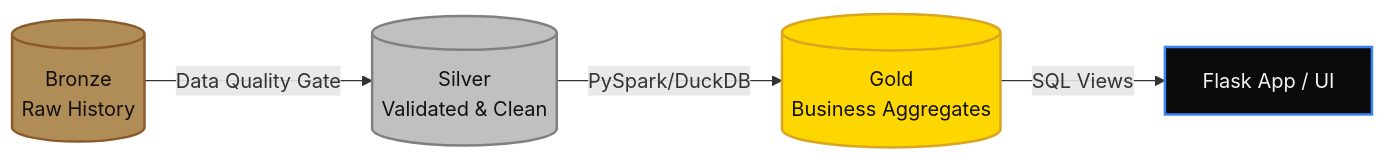
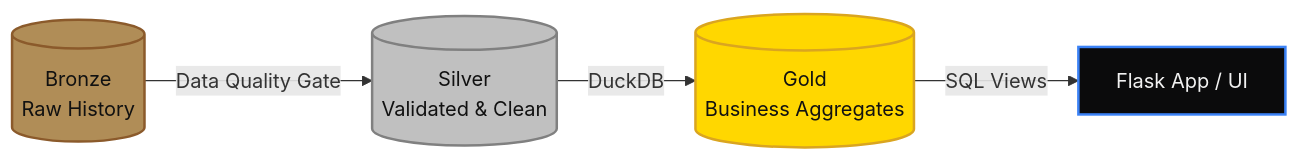
One commit to DhanushPillay/Web-scraper changed the first of 2 diagrams in doc/project_explanation.md. Above: the diagram before and after it, drawn with Mermaid. The commit also changed other lines of this file, not shown here.

First line of the commit message:
docs: new crash-safety, DuckDB Gold, web-tier and env-var sections

````diff
--- a/doc/project_explanation.md
+++ b/doc/project_explanation.md
@@ -13,17 +13,17 @@
 ```mermaid
 flowchart LR
     %% Styling
     classDef bronze fill:#b08d57,stroke:#8B5A2B,stroke-width:2px,color:#111
     classDef silver fill:#C0C0C0,stroke:#808080,stroke-width:2px,color:#111
     classDef gold fill:#FFD700,stroke:#DAA520,stroke-width:2px,color:#111
     classDef serve fill:#0B0B0C,stroke:#3B82F6,stroke-width:2px,color:#F2F2F2
 
     Bronze[(Bronze<br/>Raw History)]:::bronze
     Silver[(Silver<br/>Validated & Clean)]:::silver
     Gold[(Gold<br/>Business Aggregates)]:::gold
     Serve[Flask App / UI]:::serve
 
     Bronze -- "Data Quality Gate" --> Silver
-    Silver -- "PySpark/DuckDB" --> Gold
+    Silver -- "DuckDB" --> Gold
     Gold -- "SQL Views" --> Serve
 ```
````
